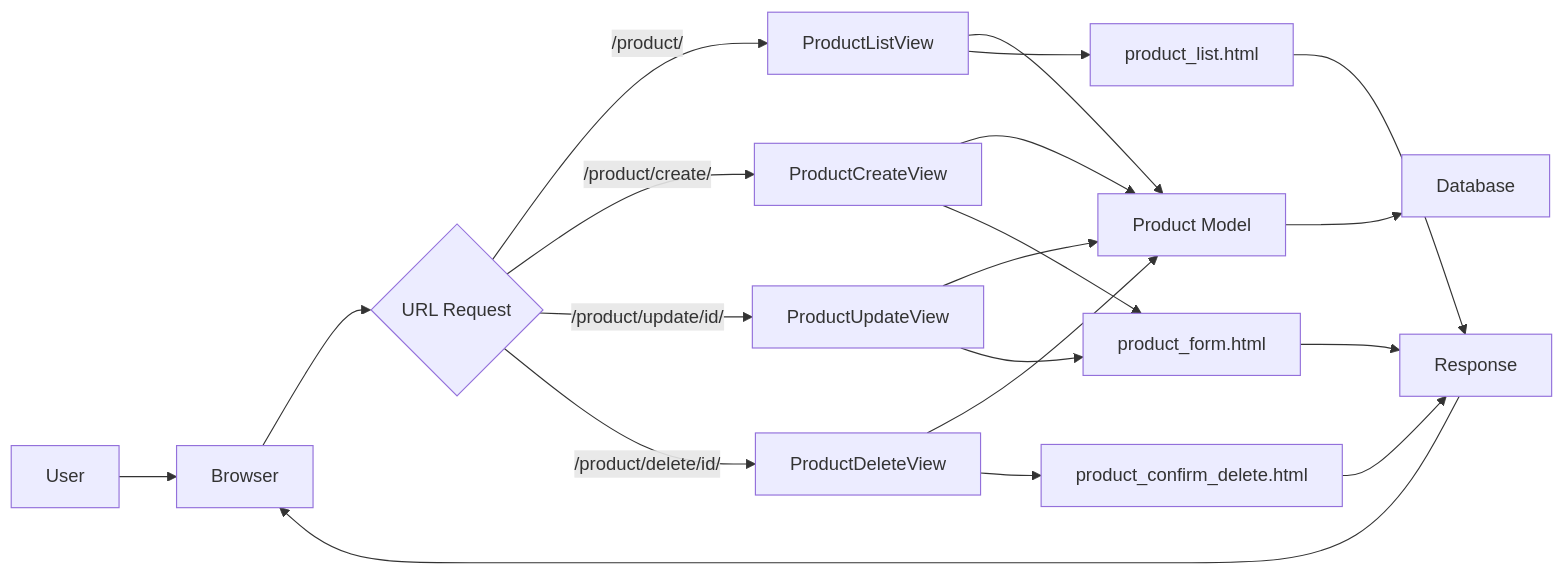
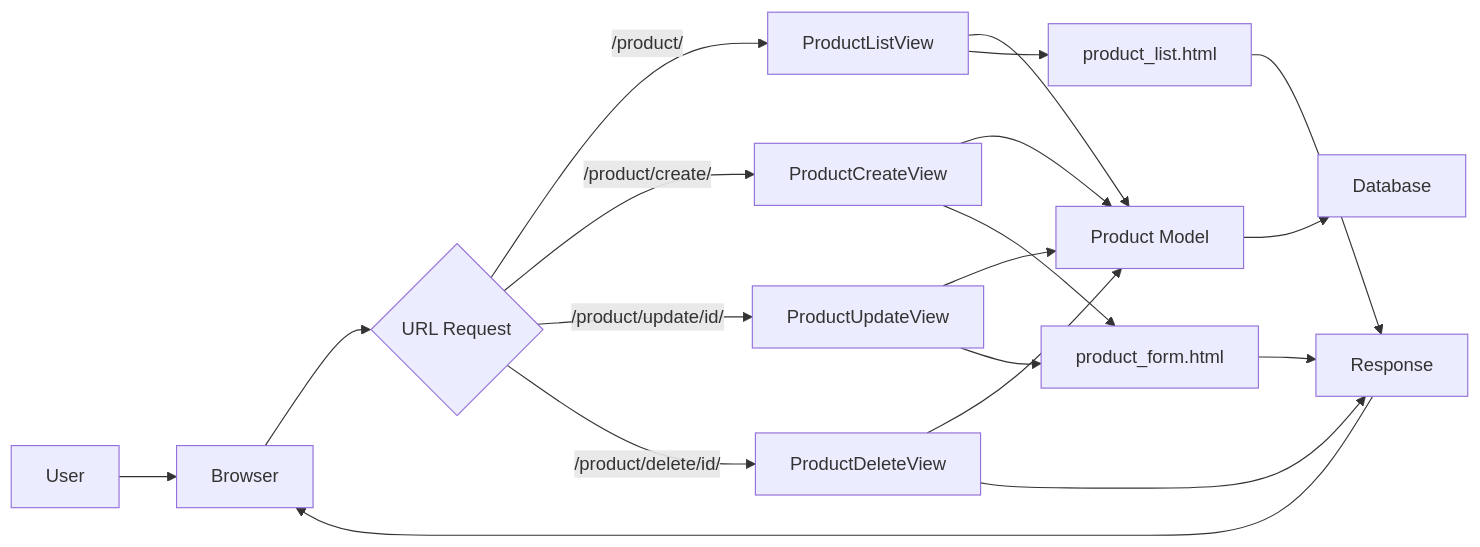
The sixth of 7 diagrams in README.md (Fajaragst/ERP), drawn with Mermaid before and after one commit. The commit also changed other lines of this file and 1 other file, not shown here.

````diff
--- a/README.md
+++ b/README.md
@@ -150,28 +154,27 @@
 ```mermaid
 flowchart LR
     A[User] --> B[Browser]
     B --> C{URL Request}
     
     C -->|/product/| D[ProductListView]
     C -->|/product/create/| E[ProductCreateView]
     C -->|/product/update/id/| F[ProductUpdateView]
     C -->|/product/delete/id/| G[ProductDeleteView]
     
     D --> H[Product Model]
     E --> H
     F --> H
     G --> H
     
     H --> I[Database]
     
     D --> J[product_list.html]
     E --> K[product_form.html]
     F --> K
-    G --> L[product_confirm_delete.html]
+    G --> M
     
     J --> M[Response]
     K --> M
-    L --> M
     
     M --> B
 ```
````
